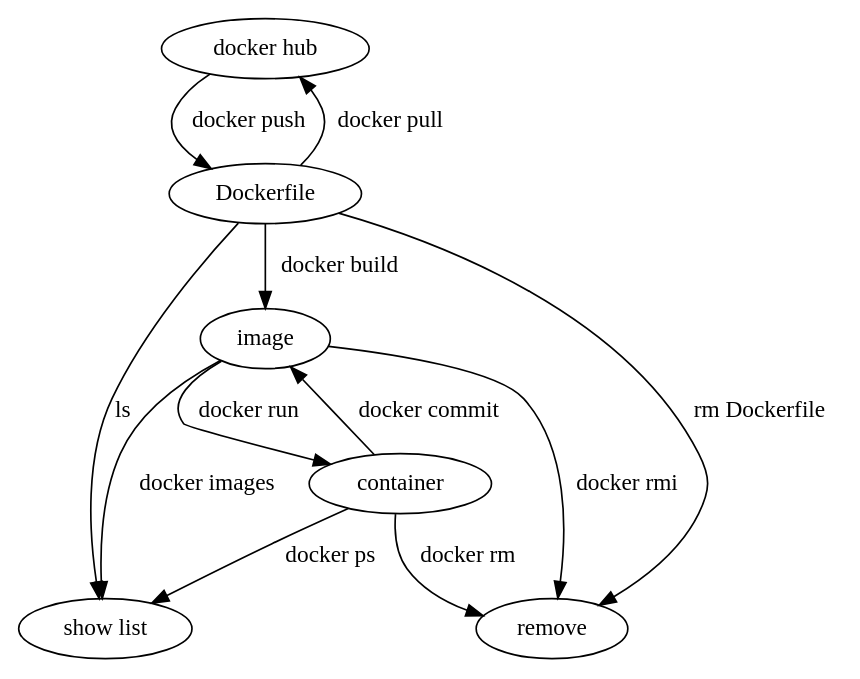
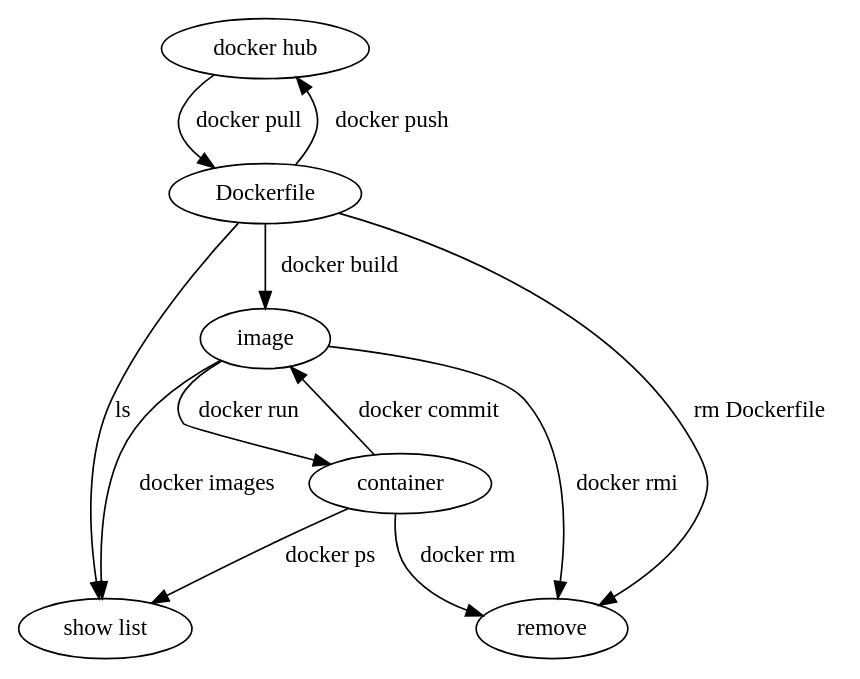
Before and after one commit to dwatow/dwatow.github.io: the diagram in source/_posts/docker-cmd-relation.md, drawn with Graphviz.

Commit message:
fix docker direct of push, pull

````diff
--- a/source/_posts/docker-cmd-relation.md
+++ b/source/_posts/docker-cmd-relation.md
@@ -16,18 +16,18 @@
 ```graphviz
 digraph graphname {
-  "docker hub" -> Dockerfile [label="docker push"]
-  Dockerfile -> "docker hub" [label="docker pull"]
+  "docker hub" -> Dockerfile [label="docker pull"]
+  Dockerfile -> "docker hub" [label="docker push"]
 
   Dockerfile -> "show list" [label="ls"]
   image -> "show list" [label="docker images"]
   container -> "show list" [label="docker ps"]
 
   Dockerfile -> remove [label="rm Dockerfile"]
   image -> remove [label="docker rmi"]
   container -> remove [label="docker rm"]
 
   Dockerfile -> image [label="docker build"]
   image -> container [label="docker run"]
   container->image [label="docker commit"]
 }
 ```
````
